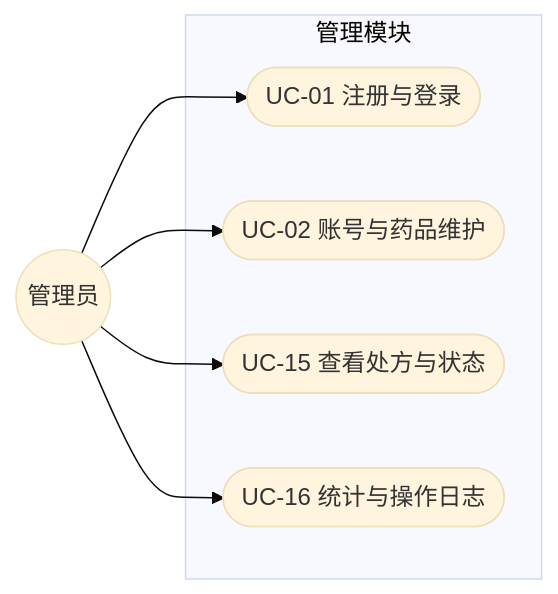
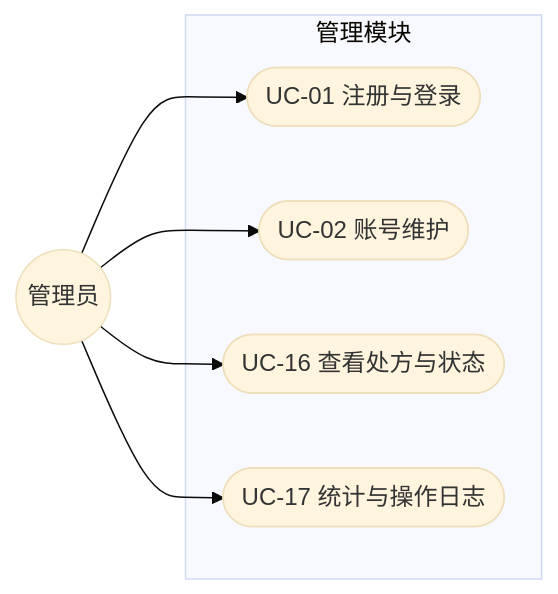
Before and after one commit to RefuseIOT/MedicinePlatform: the third of 7 diagrams in docs/diagrams/README.md, drawn with Mermaid (base theme). The commit also changed other lines of this file and 4 other files, not shown here.

````diff
--- a/docs/diagrams/README.md
+++ b/docs/diagrams/README.md
@@ -74,16 +76,16 @@
 ```mermaid
 flowchart LR
     A((管理员))
 
     subgraph 管理模块
         UC01([UC-01 注册与登录])
-        UC02([UC-02 账号与药品维护])
-        UC15([UC-15 查看处方与状态])
-        UC16([UC-16 统计与操作日志])
+        UC02([UC-02 账号维护])
+        UC16([UC-16 查看处方与状态])
+        UC17([UC-17 统计与操作日志])
     end
 
     A --> UC01
     A --> UC02
+    A --> UC17
     A --> UC16
-    A --> UC15
 ```
````
